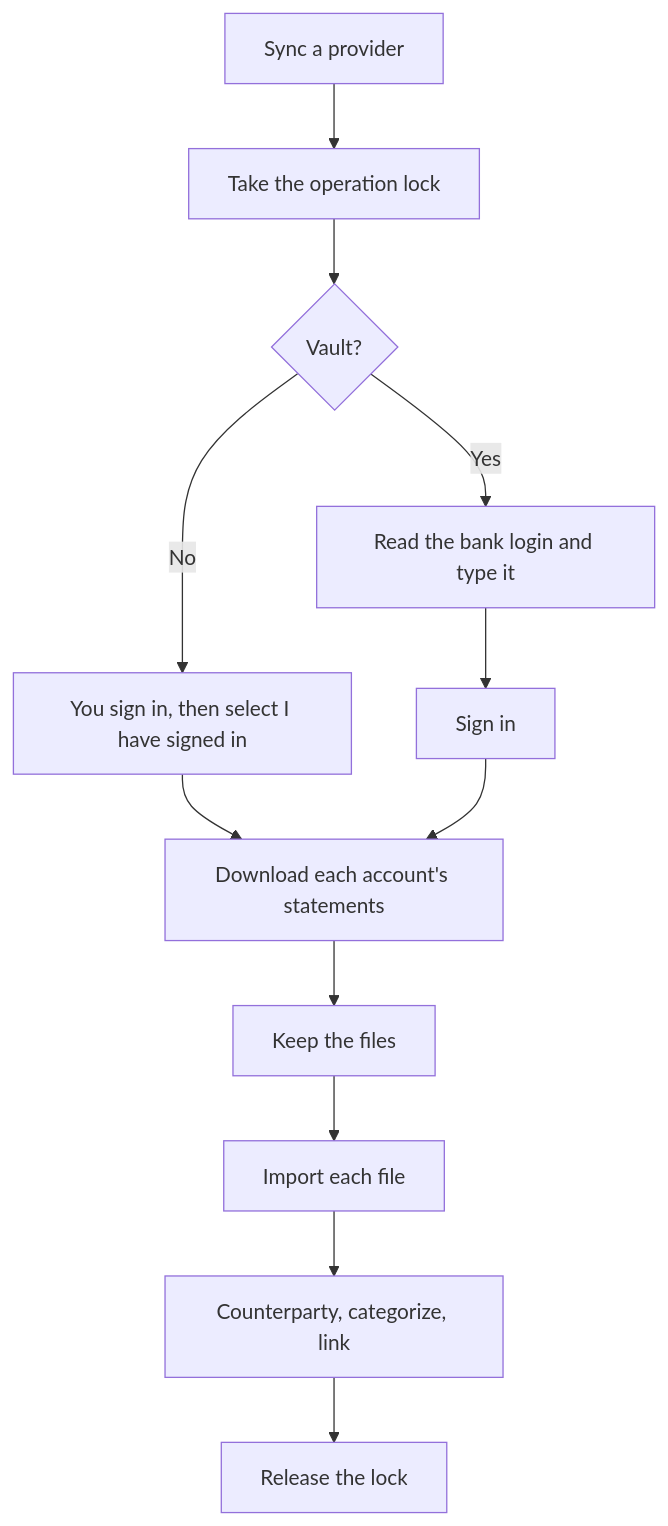
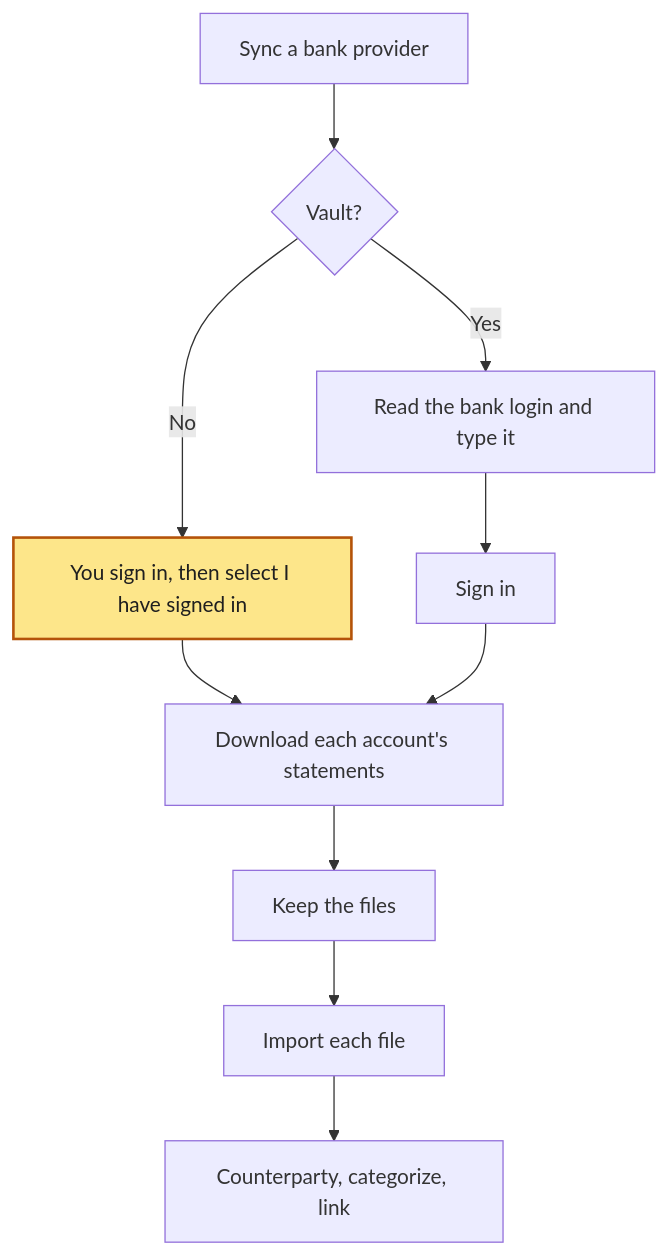
One commit to spinningyoyo/omsync changed the third of 5 diagrams in docs/architecture/sync.md. Above: the diagram before and after it, drawn with Mermaid. The commit also changed other lines of this file and 78 other files, not shown here.

First line of the commit message:
refactor: share provider rules and sync, list receipt vendors, read Amazon only from synced orders

````diff
--- a/docs/architecture/sync.md
+++ b/docs/architecture/sync.md
@@ -25,14 +43,14 @@
 ```mermaid
 flowchart TD
-    Start[Sync a provider] --> Lock[Take the operation lock]
-    Lock --> HasVault{Vault?}
+    Start[Sync a bank provider] --> HasVault{Vault?}
     HasVault -->|Yes| Vault[Read the bank login and type it]
     HasVault -->|No| Manual[You sign in, then select I have signed in]
     Vault --> SignIn[Sign in]
     Manual --> Fetch
     SignIn --> Fetch[Download each account's statements]
     Fetch --> Keep[Keep the files]
     Keep --> Import[Import each file]
     Import --> Auto[Counterparty, categorize, link]
-    Auto --> Done[Release the lock]
+    class Manual waits
+    classDef waits fill:#fde68a,stroke:#b45309,stroke-width:2px,color:#1f1f1f
 ```
````
